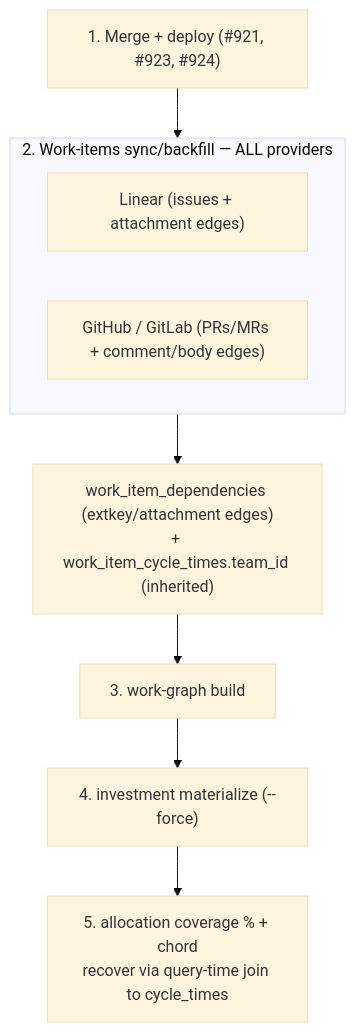
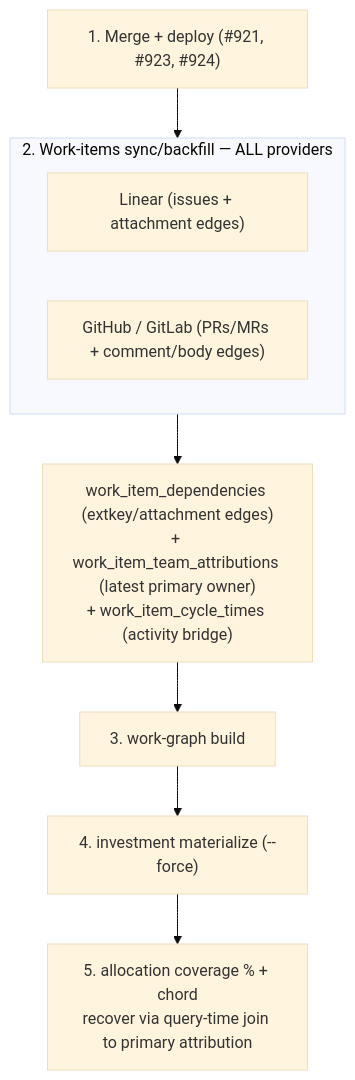
One commit to full-chaos/dev-health-ops changed the sixth of 6 diagrams in docs/architecture/team-attribution.md. Above: the diagram before and after it, drawn with Mermaid (base theme). The commit also changed other lines of this file, not shown here.

Commit message:
docs(attribution): document latest primary WITA reads

````diff
--- a/docs/architecture/team-attribution.md
+++ b/docs/architecture/team-attribution.md
@@ -588,12 +611,12 @@
 ```mermaid
 flowchart TD
     DEP["1. Merge + deploy (#921, #923, #924)"] --> SYNC
     subgraph SYNC ["2. Work-items sync/backfill — ALL providers"]
         L["Linear (issues + attachment edges)"]
         G["GitHub / GitLab (PRs/MRs + comment/body edges)"]
     end
-    SYNC --> CT["work_item_dependencies (extkey/attachment edges)<br/>+ work_item_cycle_times.team_id (inherited)"]
+    SYNC --> CT["work_item_dependencies (extkey/attachment edges)<br/>+ work_item_team_attributions (latest primary owner)<br/>+ work_item_cycle_times (activity bridge)"]
     CT --> WG["3. work-graph build"]
     WG --> IM["4. investment materialize (--force)"]
-    IM --> Q["5. allocation coverage % + chord<br/>recover via query-time join to cycle_times"]
+    IM --> Q["5. allocation coverage % + chord<br/>recover via query-time join to primary attribution"]
 ```
````
